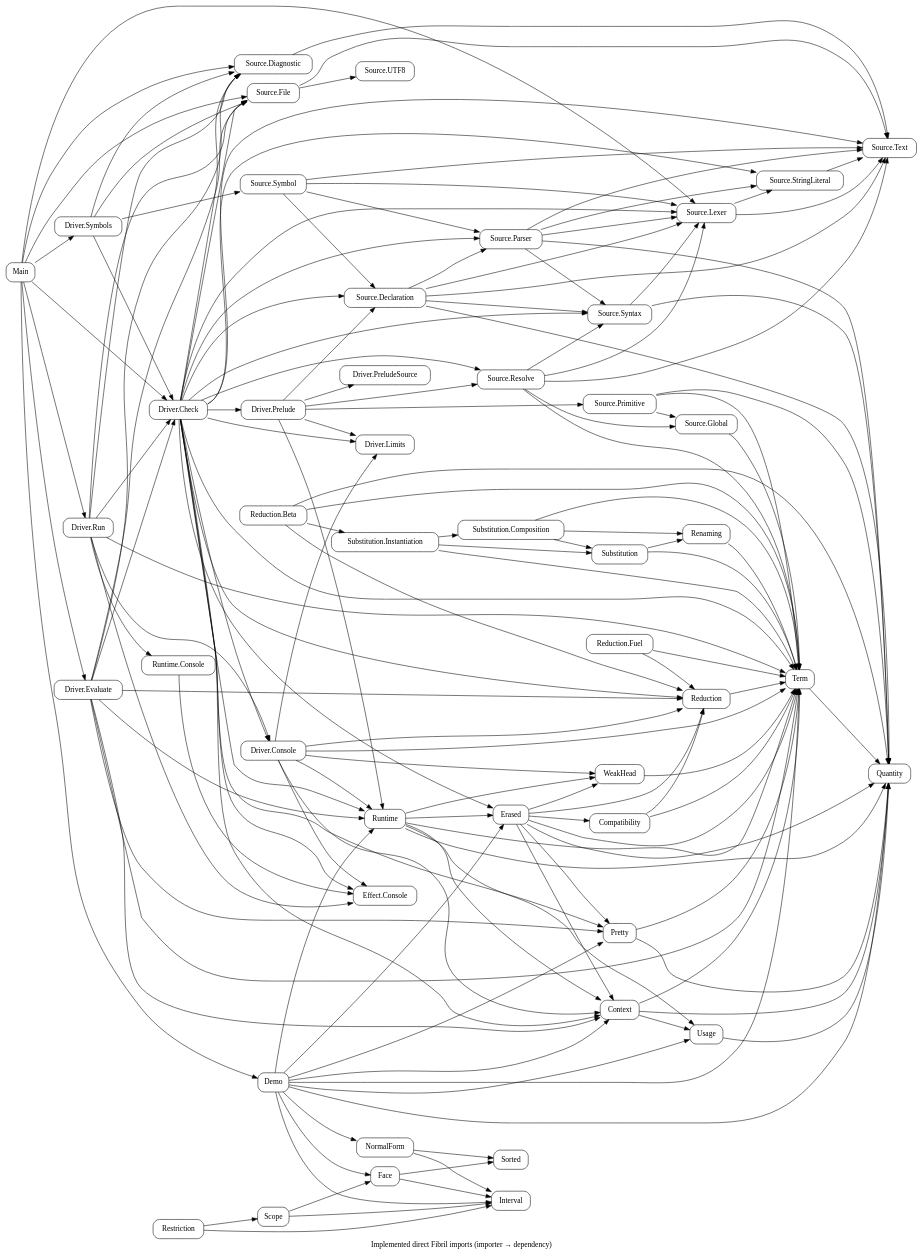
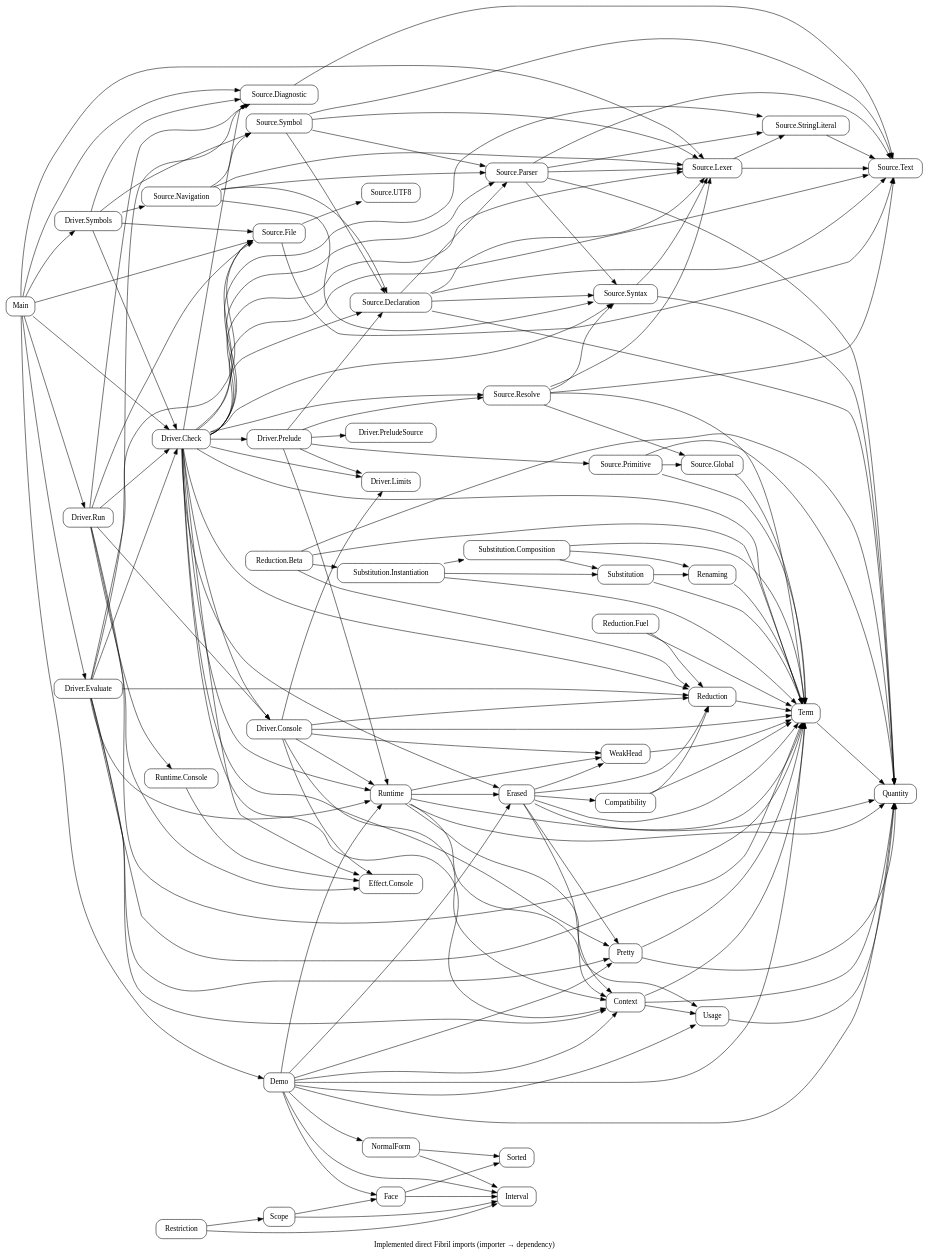
The diagram in docs/diagrams/modules.dot (odunboye/fibril), drawn with Graphviz before and after one commit. The commit also changed 11 other files, not shown here.

```diff
--- a/docs/diagrams/modules.dot
+++ b/docs/diagrams/modules.dot
@@ -1,42 +1,44 @@
 digraph Modules {
 rankdir=LR; node [shape=box,style=rounded];
 "Source.File" -> {"Source.UTF8" "Source.Text"};
 Main -> {"Source.File" "Source.Lexer" "Source.Diagnostic"};
 "Source.Diagnostic" -> "Source.Text";
 "Source.Declaration" -> {Quantity "Source.Text" "Source.Lexer" "Source.Syntax" "Source.Parser"};
 "Source.Lexer" -> {"Source.Text" "Source.StringLiteral"};
 "Source.StringLiteral" -> "Source.Text";
 "Driver.Console" -> {Context Term Runtime Reduction WeakHead "Effect.Console" "Driver.Limits"};
 "Runtime.Console" -> "Effect.Console";
 "Driver.Run" -> {Term "Source.File" "Source.Diagnostic" "Effect.Console" "Runtime.Console" "Driver.Check" "Driver.Console"};
 "Source.Syntax" -> {Quantity "Source.Lexer"};
 "Source.Parser" -> {Quantity "Source.Text" "Source.Lexer" "Source.Syntax" "Source.StringLiteral"};
 "Source.Resolve" -> {Term "Source.Text" "Source.Lexer" "Source.Syntax" "Source.Global"};
 "Driver.Check" -> {"Source.Text" "Source.Lexer" "Source.Syntax" "Source.Parser" "Source.Declaration" "Source.StringLiteral" "Source.Resolve" "Source.File" "Source.Diagnostic" Term Context Pretty Erased Runtime "Driver.Console" "Effect.Console"};
 "Driver.Prelude" -> {Runtime "Source.Declaration" "Source.Resolve" "Source.Primitive" "Driver.PreludeSource" "Driver.Limits"};
 "Source.Primitive" -> {"Source.Global" Term Quantity};
 "Source.Global" -> Term;
 "Driver.Check" -> {"Driver.Prelude" "Driver.Limits" Reduction};
+"Source.Navigation" -> {"Source.Symbol" "Source.Declaration" "Source.Parser" "Source.Lexer" "Source.Syntax"};
+"Driver.Symbols" -> "Source.Navigation";
 "Source.Symbol" -> {"Source.Declaration" "Source.Parser" "Source.Lexer" "Source.Text"};
 "Driver.Symbols" -> {"Source.Symbol" "Driver.Check" "Source.File" "Source.Diagnostic"};
 Main -> {"Driver.Symbols" "Driver.Check" "Driver.Evaluate" "Driver.Run"};
 "Driver.Evaluate" -> {Context Term Pretty Reduction Runtime "Source.File" "Source.Diagnostic" "Driver.Check"};
 Quantity; Interval; NormalForm; Face; Scope; Restriction; Term;
 NormalForm -> {Interval Sorted}; Face -> {Interval Sorted};
 Scope -> {Interval Face}; Restriction -> {Interval Scope};
 Demo -> {Quantity Term Context Usage Pretty Erased Runtime Interval NormalForm Face};
 Main -> Demo;
 Pretty -> {Quantity Term};
 Term -> Quantity; Usage -> Quantity; Context -> {Quantity Term Usage};
 Reduction -> Term; WeakHead -> Term;
 Compatibility -> {Term Reduction};
 Renaming -> Term;
 Substitution -> {Term Renaming};
 "Substitution.Composition" -> {Term Renaming Substitution};
 "Substitution.Instantiation" -> {Term Substitution "Substitution.Composition"};
 "Reduction.Beta" -> {Quantity Term Reduction "Substitution.Instantiation"};
 "Reduction.Fuel" -> {Term Reduction};
 Erased -> {Quantity Term Pretty Context Compatibility WeakHead Reduction};
 Runtime -> {Quantity Term Context Usage WeakHead Erased};
 label="Implemented direct Fibril imports (importer → dependency)";
 }
```
